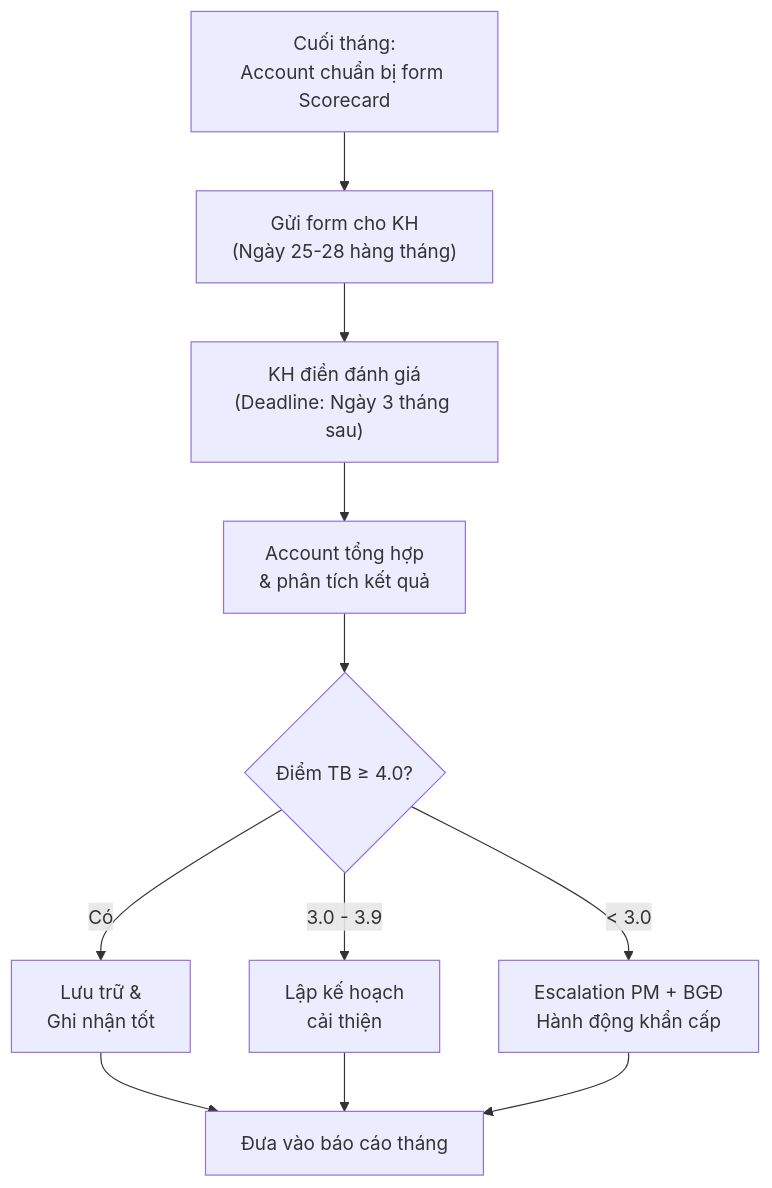
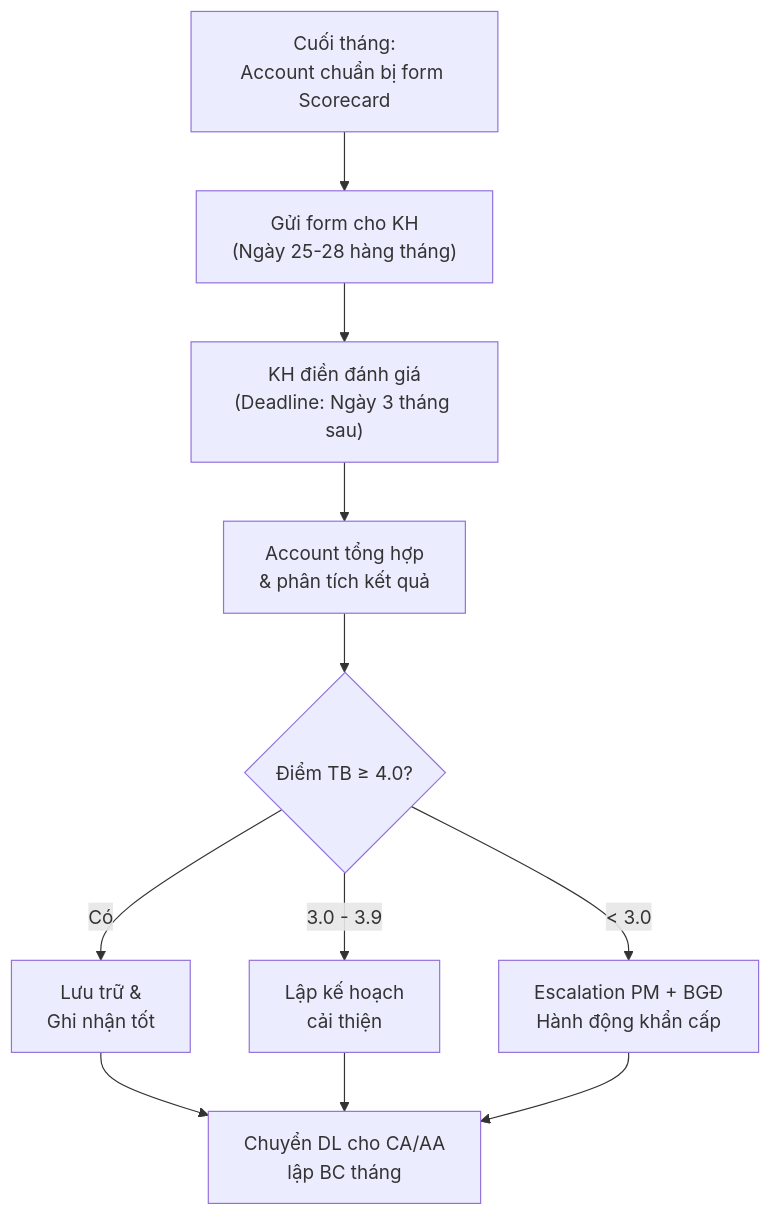
Before and after one commit to namdh9939/SOP-QLDA-TLXN: the diagram in 02-ACCOUNT/scorecard-danh-gia-dich-vu.md, drawn with Mermaid. The commit also changed other lines of this file and 5 other files, not shown here.

````diff
--- a/02-ACCOUNT/scorecard-danh-gia-dich-vu.md
+++ b/02-ACCOUNT/scorecard-danh-gia-dich-vu.md
@@ -45,13 +45,13 @@
 ```mermaid
 flowchart TD
     A["Cuối tháng:<br/>Account chuẩn bị form Scorecard"] --> B["Gửi form cho KH<br/>(Ngày 25-28 hàng tháng)"]
     B --> C["KH điền đánh giá<br/>(Deadline: Ngày 3 tháng sau)"]
     C --> D["Account tổng hợp<br/>& phân tích kết quả"]
     D --> E{"Điểm TB ≥ 4.0?"}
     E -->|Có| F["Lưu trữ &<br/>Ghi nhận tốt"]
     E -->|3.0 - 3.9| G["Lập kế hoạch<br/>cải thiện"]
     E -->|< 3.0| H["Escalation PM + BGĐ<br/>Hành động khẩn cấp"]
-    F --> I["Đưa vào báo cáo tháng"]
+    F --> I["Chuyển DL cho CA/AA<br/>lập BC tháng"]
     G --> I
     H --> I
 ```
````
